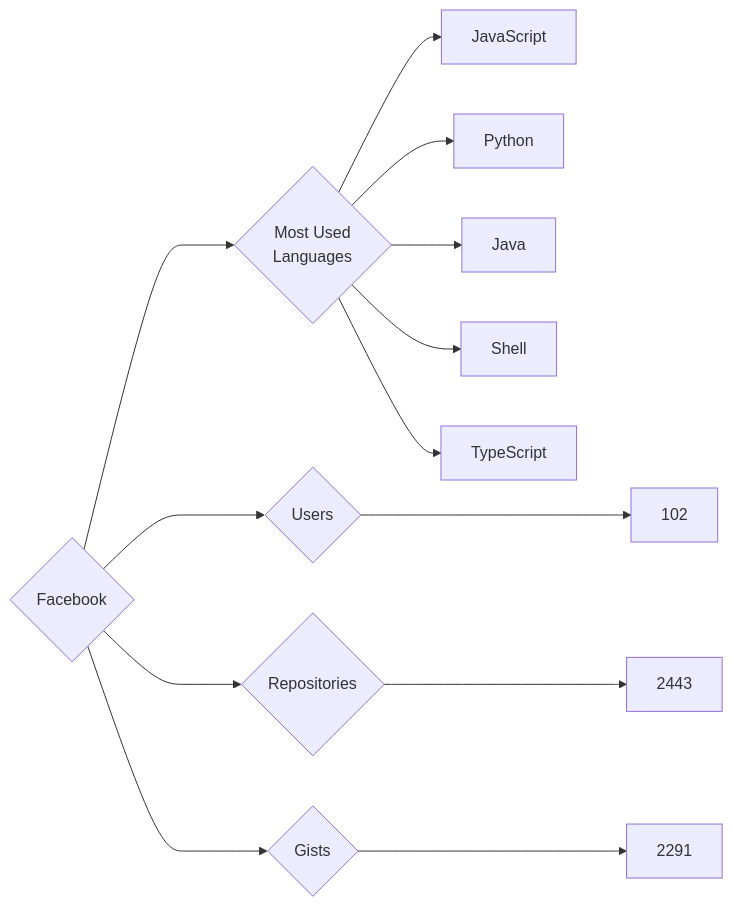
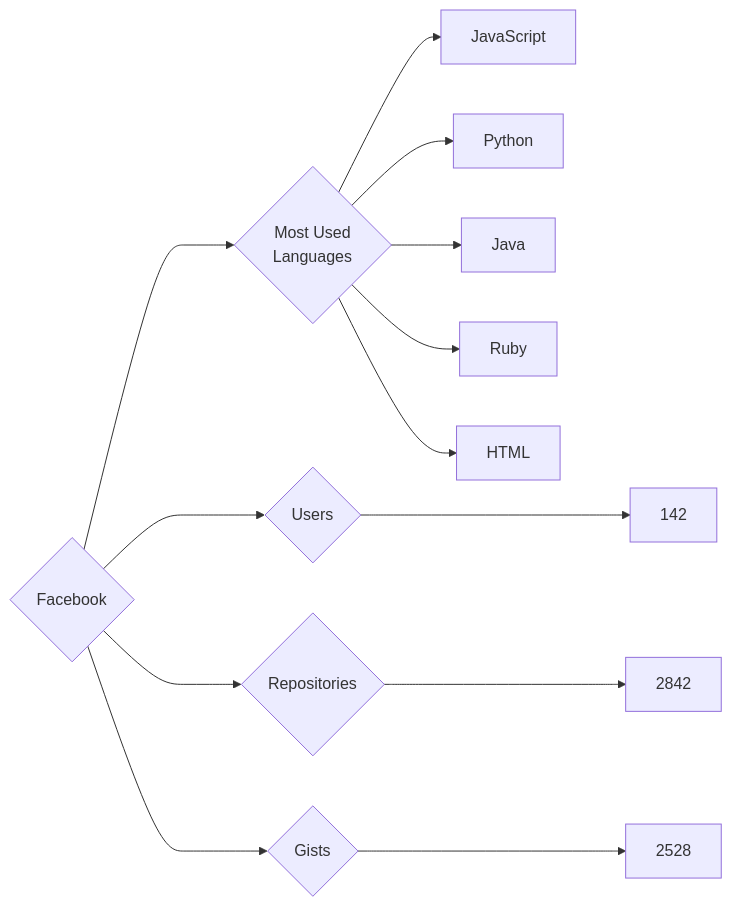
Before and after one commit to trickest/insiders: the diagram in targets/Facebook/README.md, drawn with Mermaid. The commit also changed 681 other files, not shown here.

````diff
--- a/targets/Facebook/README.md
+++ b/targets/Facebook/README.md
@@ -3,13 +3,13 @@
 ```mermaid
 graph LR
 COMPANY_NAME{Facebook}
-COMPANY_NAME ---> U{Users} ---> UN[102]
-COMPANY_NAME ---> R{Repositories} ---> RN[2443]
-COMPANY_NAME ---> G{Gists} ---> GN[2291]
+COMPANY_NAME ---> U{Users} ---> UN[142]
+COMPANY_NAME ---> R{Repositories} ---> RN[2842]
+COMPANY_NAME ---> G{Gists} ---> GN[2528]
 COMPANY_NAME ---> ML{Most Used<br>Languages}
 ML --> JavaScript[JavaScript]
 ML --> Python[Python]
 ML --> Java[Java]
-ML --> Shell[Shell]
-ML --> TypeScript[TypeScript]
+ML --> Ruby[Ruby]
+ML --> HTML[HTML]
 ```
````
